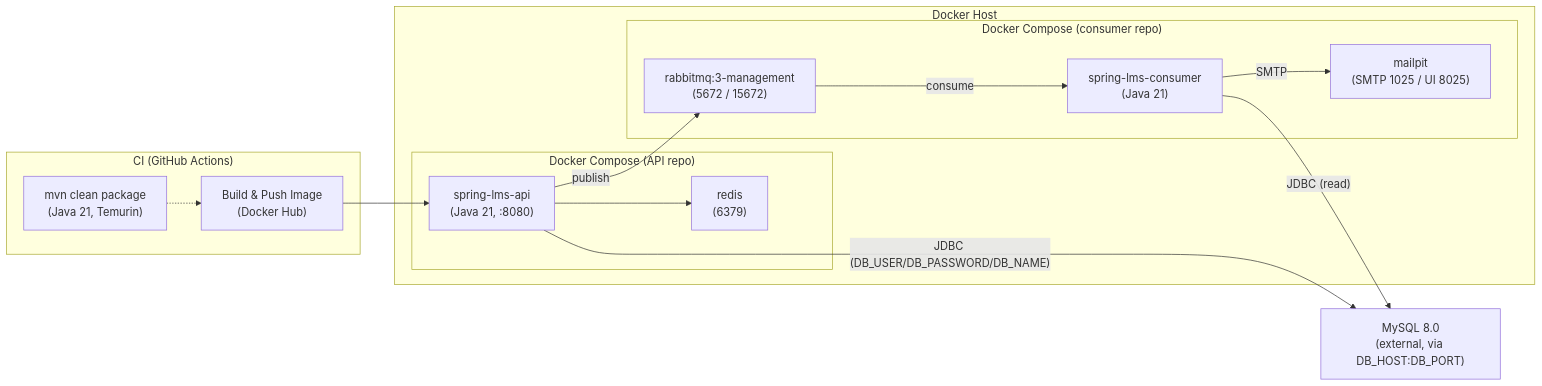
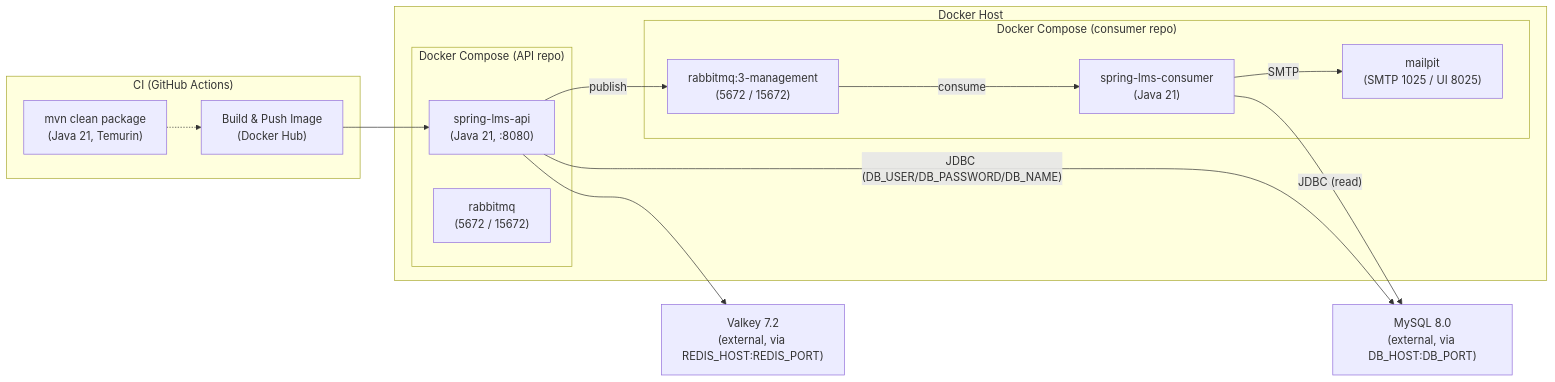
The second of 3 diagrams in docs/architecture.md (Qiraht/spring-lms), drawn with Mermaid before and after one commit. The commit also changed other lines of this file and 4 other files, not shown here.

````diff
--- a/docs/architecture.md
+++ b/docs/architecture.md
@@ -74,30 +82,30 @@
 ```mermaid
 graph LR
     subgraph CI["CI (GitHub Actions)"]
         BUILD["mvn clean package\n(Java 21, Temurin)"]
         PUSH["Build & Push Image\n(Docker Hub)"]
     end
     subgraph Host["Docker Host"]
         subgraph ComposeAPI["Docker Compose (API repo)"]
             API_C["spring-lms-api\n(Java 21, :8080)"]
-            REDIS_C["redis\n(6379)"]
-
+            RABBIT_C_API["rabbitmq\n(5672 / 15672)"]
         end
         subgraph ComposeConsumer["Docker Compose (consumer repo)"]
           RABBIT_C["rabbitmq:3-management\n(5672 / 15672)"]
           CON_C["spring-lms-consumer\n(Java 21)"]
           MAILPIT_C["mailpit\n(SMTP 1025 / UI 8025)"]
         end
     end
 
     MYSQL["MySQL 8.0\n(external, via DB_HOST:DB_PORT)"]
+    VALKEY["Valkey 7.2\n(external, via REDIS_HOST:REDIS_PORT)"]
 
     PUSH --> API_C
     API_C -->|"JDBC (DB_USER/DB_PASSWORD/DB_NAME)"| MYSQL
-    API_C --> REDIS_C
+    API_C --> VALKEY
     API_C -->|"publish"| RABBIT_C
     RABBIT_C -->|"consume"| CON_C
     CON_C -->|"JDBC (read)"| MYSQL
     CON_C -->|"SMTP"| MAILPIT_C
     BUILD -.-> PUSH
 ```
````
